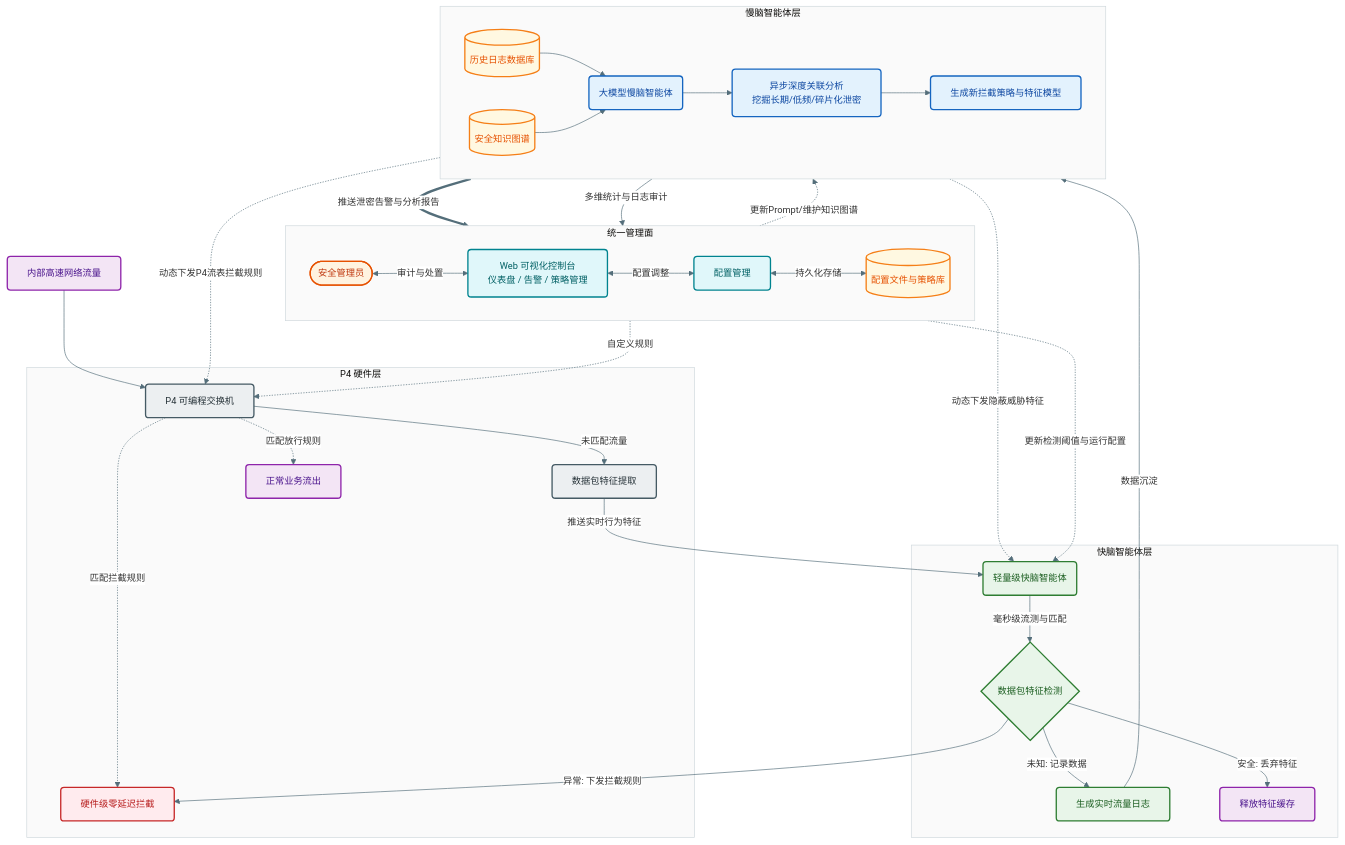
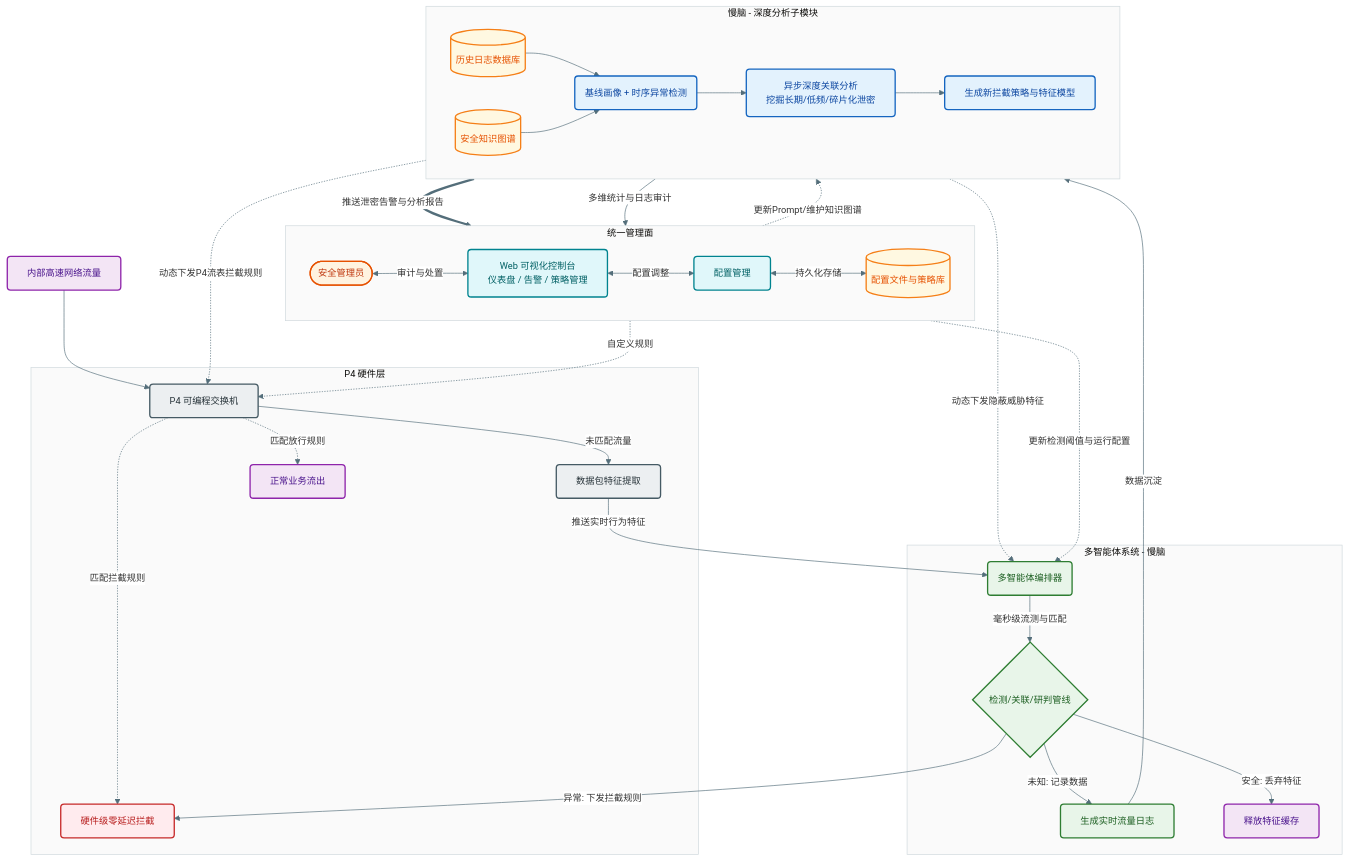
The diagram in README.md (oran-grove/Shoucang), drawn with Mermaid before and after one commit. The commit also changed other lines of this file and 8 other files, not shown here.

```diff
--- a/README.md
+++ b/README.md
@@ -27,7 +27,7 @@
 graph TD
     classDef traffic fill:#f3e5f5,stroke:#8e24aa,stroke-width:2px,color:#4a148c,rx:5,ry:5;
     classDef hardware fill:#eceff1,stroke:#455a64,stroke-width:2px,color:#263238,rx:5,ry:5;
-    classDef fastBrain fill:#e8f5e9,stroke:#2e7d32,stroke-width:2px,color:#1b5e20,rx:5,ry:5;
+    classDef agentBrain fill:#e8f5e9,stroke:#2e7d32,stroke-width:2px,color:#1b5e20,rx:5,ry:5;
     classDef slowBrain fill:#e3f2fd,stroke:#1565c0,stroke-width:2px,color:#0d47a1,rx:5,ry:5;
     classDef data fill:#fff8e1,stroke:#f57f17,stroke-width:2px,color:#e65100,rx:10,ry:10;
     classDef action fill:#ffebee,stroke:#c62828,stroke-width:2px,color:#b71c1c,rx:5,ry:5;
@@ -58,10 +58,10 @@
         P4Switch -.->|匹配拦截规则| HardwareDrop
     end
 
-    subgraph Layer2 [快脑智能体层]
-        FastAgent(轻量级快脑智能体):::fastBrain
-        RealTimeAnalysis{数据包特征检测}:::fastBrain
-        LogGenerator[生成实时流量日志]:::fastBrain
+    subgraph Layer2 [多智能体系统 - 慢脑]
+        FastAgent(多智能体编排器):::agentBrain
+        RealTimeAnalysis{检测/关联/研判管线}:::agentBrain
+        LogGenerator[生成实时流量日志]:::agentBrain
 
         FeatureExtract -->|推送实时行为特征| FastAgent
         FastAgent -->|毫秒级流测与匹配| RealTimeAnalysis
@@ -71,11 +71,11 @@
     RealTimeAnalysis -->|异常: 下发拦截规则| HardwareDrop
     RealTimeAnalysis -->|未知: 记录数据| LogGenerator
 
-    subgraph Layer3 [慢脑智能体层]
+    subgraph Layer3 [慢脑 - 深度分析子模块]
         direction LR
         HistoryLog[(历史日志数据库)]:::data
         KnowledgeGraph[(安全知识图谱)]:::data
-        SlowAgent(大模型慢脑智能体):::slowBrain
+        SlowAgent(基线画像 + 时序异常检测):::slowBrain
         DeepAnalysis[异步深度关联分析<br/>挖掘长期/低频/碎片化泄密]:::slowBrain
         StrategyUpdate[生成新拦截策略与特征模型]:::slowBrain
 
```
